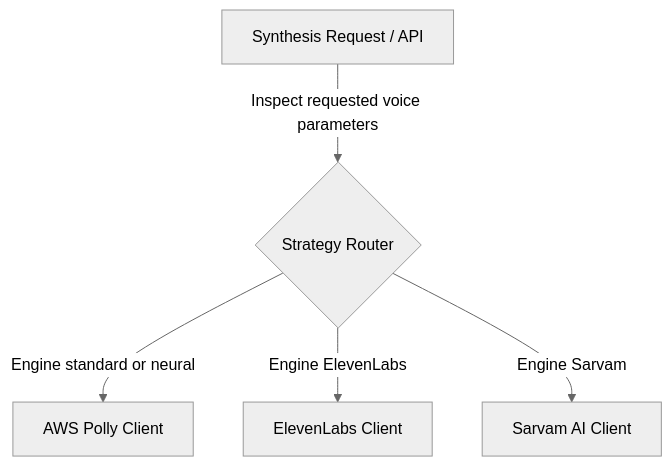
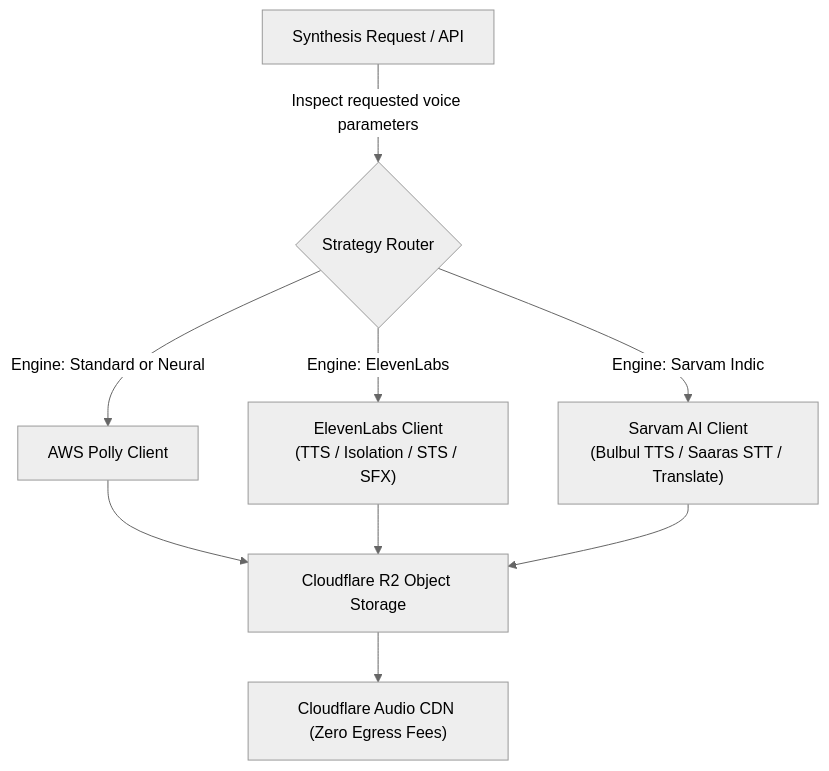
One commit to Mohitur669/speakit changed diagram 20 of 26 in docs/architechture-and-guides/speakit-tech-dive.md. Above: the diagram before and after it, drawn with Mermaid (neutral theme). The commit also changed other lines of this file and 31 other files, not shown here.

First line of the commit message:
docs: comprehensive documentation audit, architecture discovery, and specification modernization (#104)

````diff
--- a/docs/architechture-and-guides/speakit-tech-dive.md
+++ b/docs/architechture-and-guides/speakit-tech-dive.md
@@ -1121,7 +1411,12 @@
 ```mermaid
 graph TD
     Req["Synthesis Request / API"] -->|Inspect requested voice parameters| Strategy{"Strategy Router"}
-    Strategy -->|Engine standard or neural| AWS_Polly["AWS Polly Client"]
-    Strategy -->|Engine ElevenLabs| ElevenLabs["ElevenLabs Client"]
-    Strategy -->|Engine Sarvam| Sarvam["Sarvam AI Client"]
+    Strategy -->|Engine: Standard or Neural| AWS_Polly["AWS Polly Client"]
+    Strategy -->|Engine: ElevenLabs| ElevenLabs["ElevenLabs Client\n(TTS / Isolation / STS / SFX)"]
+    Strategy -->|Engine: Sarvam Indic| Sarvam["Sarvam AI Client\n(Bulbul TTS / Saaras STT / Translate)"]
+    
+    AWS_Polly --> Storage["Cloudflare R2 Object Storage"]
+    ElevenLabs --> Storage
+    Sarvam --> Storage
+    Storage --> CDN["Cloudflare Audio CDN (Zero Egress Fees)"]
 ```
````
